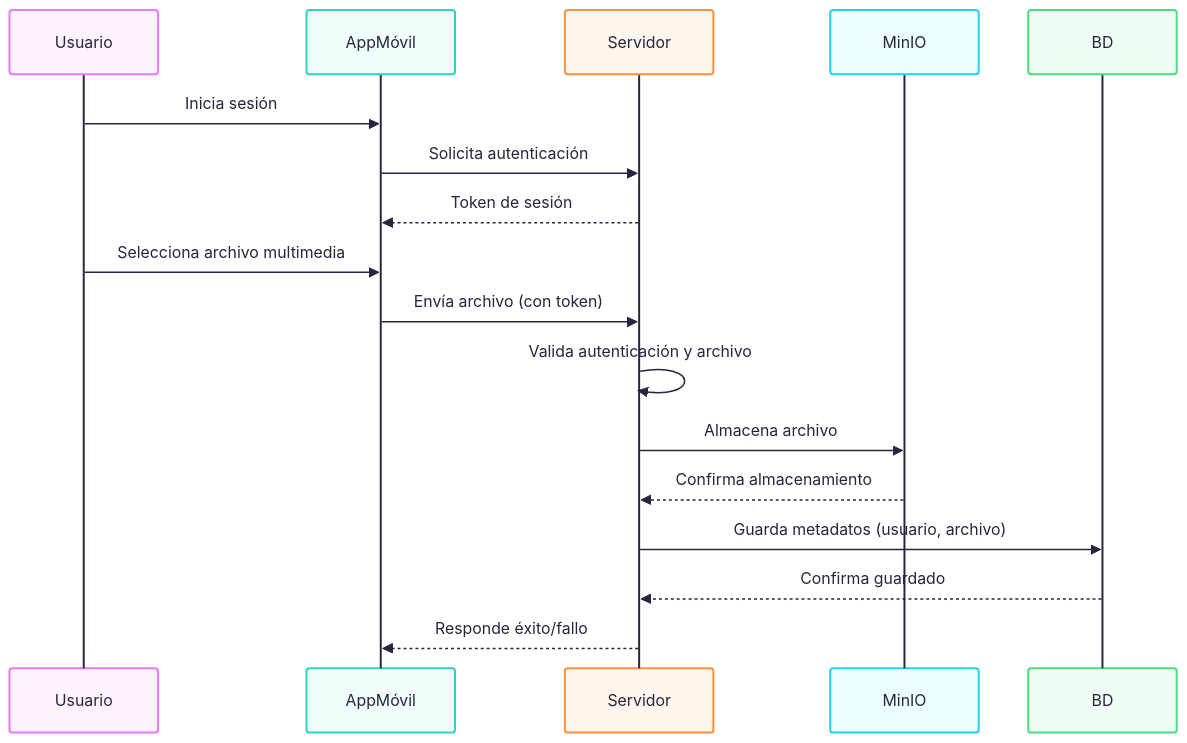
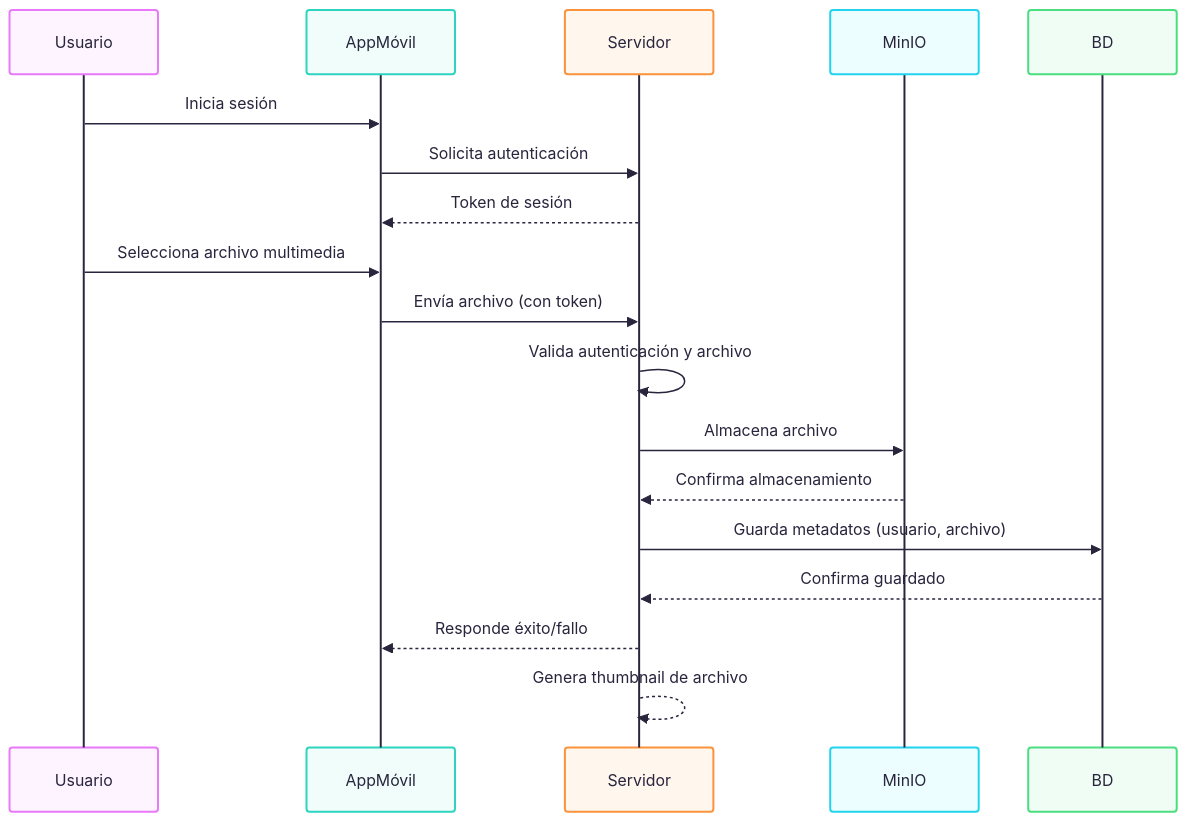
The third of 4 diagrams in diagrams/sprint3.md (alexrp-tfg/MemoriaTFG), drawn with Mermaid before and after one commit. The commit also changed other lines of this file and 15 other files, not shown here.

Commit message:
Add missing references & Add missing diagrams && Refactor sprints structure to use subsubsections

````diff
--- a/diagrams/sprint3.md
+++ b/diagrams/sprint3.md
@@ -86,23 +86,24 @@
 ```mermaid
 ---
 config:
   theme: redux-color
 ---
 sequenceDiagram
     participant Usuario
     participant AppMóvil
     participant Servidor
     participant MinIO
     participant BD
     Usuario->>AppMóvil: Inicia sesión
     AppMóvil->>Servidor: Solicita autenticación
     Servidor-->>AppMóvil: Token de sesión
     Usuario->>AppMóvil: Selecciona archivo multimedia
     AppMóvil->>Servidor: Envía archivo (con token)
     Servidor->>Servidor: Valida autenticación y archivo
     Servidor->>MinIO: Almacena archivo
     MinIO-->>Servidor: Confirma almacenamiento
     Servidor->>BD: Guarda metadatos (usuario, archivo)
     BD-->>Servidor: Confirma guardado
     Servidor-->>AppMóvil: Responde éxito/fallo
+    Servidor-->>Servidor: Genera thumbnail de archivo
 ```
````
